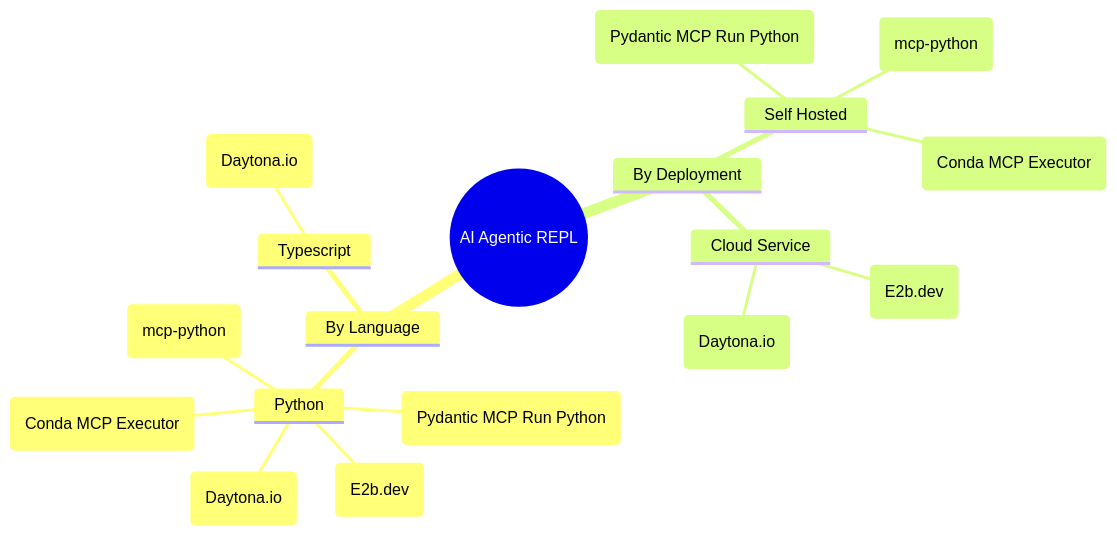
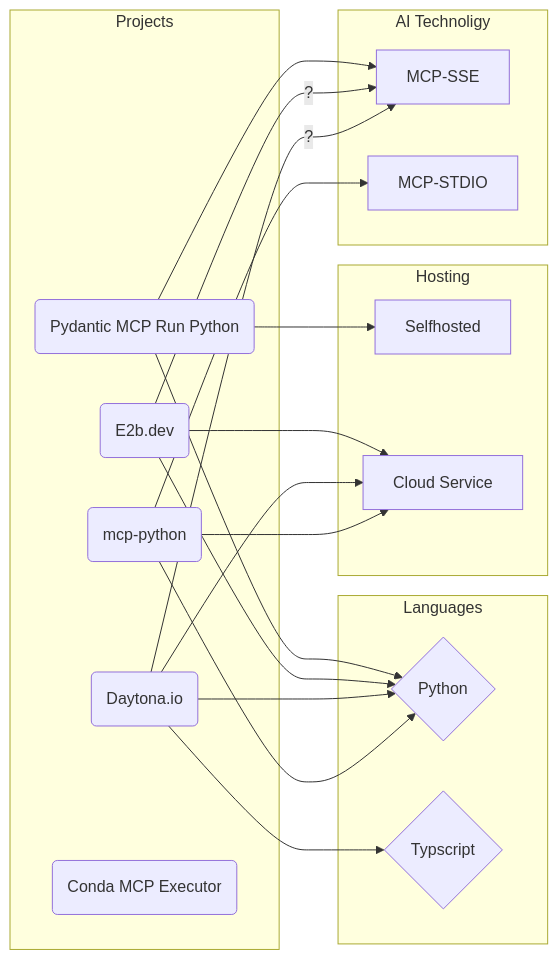
One commit to semaverse/agentic-codesandboxes changed the diagram in README.md. Above: the diagram before and after it, drawn with Mermaid. The commit also changed other lines of this file, not shown here.

````diff
--- a/README.md
+++ b/README.md
@@ -5,22 +7,45 @@
 ```mermaid
-mindmap
-  root((AI Agentic REPL))
-    By Language
-      Python
-        ("Pydantic MCP Run Python")
-        (E2b.dev)
-        (Daytona.io)
-        (mcp-python)
-        (Conda MCP Executor)
-      Typescript
-        (Daytona.io)
-          
-    By Deployment
-      Self Hosted
-         ("Pydantic MCP Run Python")
-         (mcp-python)
-         (Conda MCP Executor)
-      Cloud Service
-         (E2b.dev)
-         (Daytona.io)
+  graph LR
+
+    subgraph Languages
+      L1{Python}
+      L2{Typscript}
+    end
+
+    subgraph Hosting
+      D1[Selfhosted]
+      D2[Cloud Service]
+    end
+
+    subgraph AI Technoligy
+      AI1[MCP-SSE]
+      AI2[MCP-STDIO]
+    end
+
+    subgraph Projects
+      P1("Pydantic MCP Run Python")
+      P1 --> L1
+      P1 --> D1
+      P1 --> AI1
+  
+      P2(E2b.dev)
+      P2 --> L1
+      P2 --> D2
+      P2 --> |?| AI1
+  
+      P3(Daytona.io)
+      P3 --> L1
+      P3 --> L2
+      P3 --> D2
+      P3 --> |?| AI1
+  
+      P4(mcp-python)
+      P4 --> L1
+      P4 --> D2
+      P4 --> AI2
+  
+      P5(Conda MCP Executor)
+    end
+   
+
 ```
````
